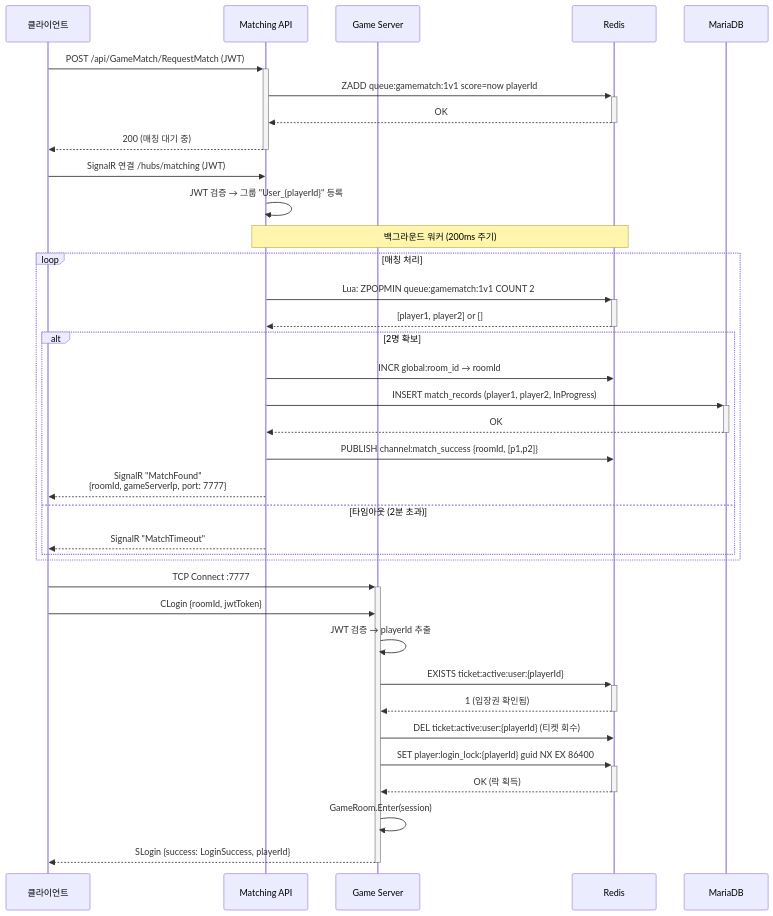
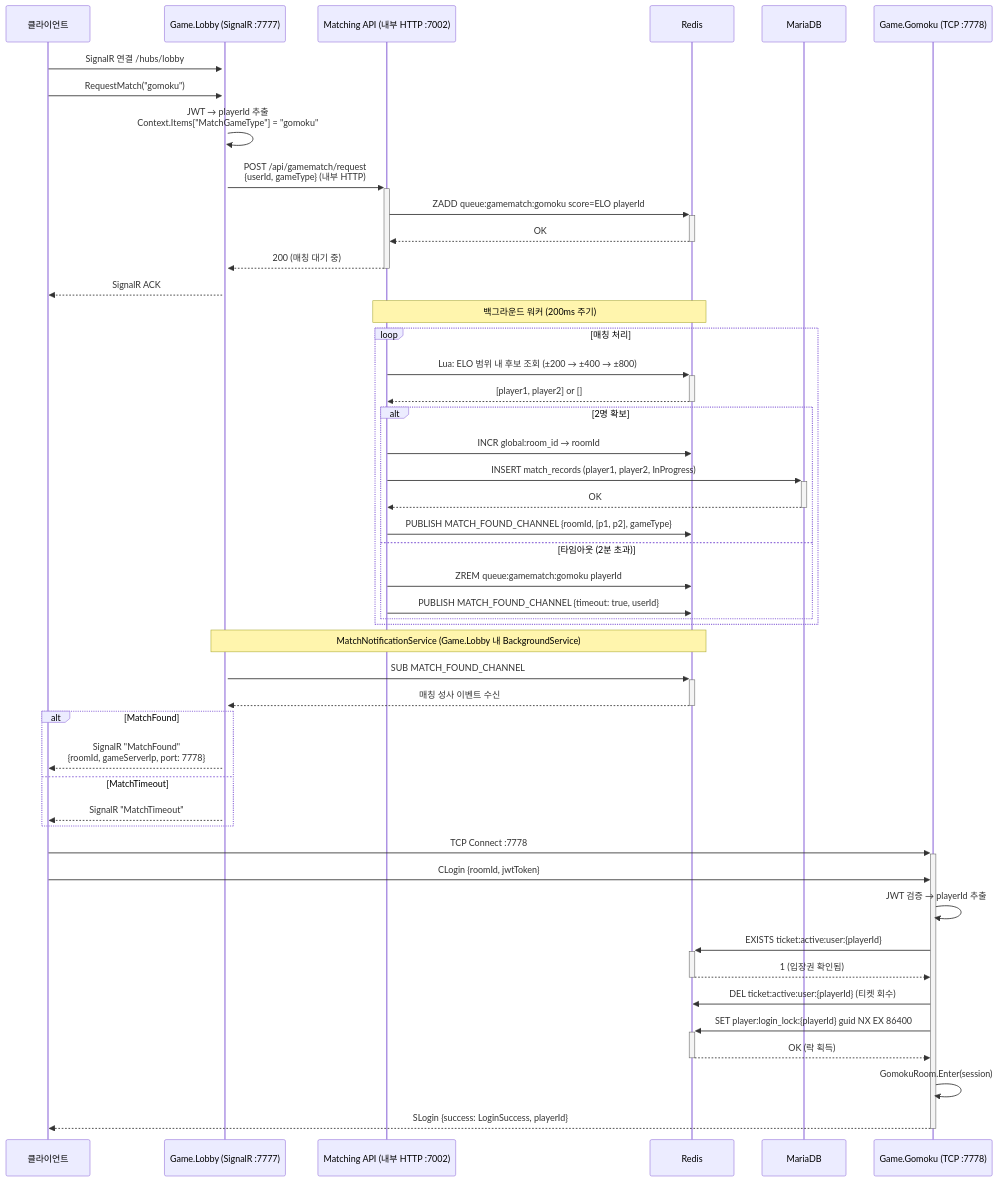
Before and after one commit to rumdice/platformA: the fourth of 7 diagrams in Docs/architecture/sequences.md, drawn with Mermaid. The commit also changed other lines of this file and 3 other files, not shown here.

Commit message:
feat: 아키텍처 문서 자동화 (generate_architecture_docs.py + docs.yml + overview.md + sequences.md)

````diff
--- a/Docs/architecture/sequences.md
+++ b/Docs/architecture/sequences.md
@@ -90,43 +93,56 @@
 ```mermaid
 sequenceDiagram
   participant C as 클라이언트
-  participant M as Matching API
-  participant G as Game Server
+  participant L as Game.Lobby (SignalR :7777)
+  participant M as Matching API (내부 HTTP :7002)
   participant R as Redis
   participant DB as MariaDB
+  participant G as Game.Gomoku (TCP :7778)
 
-  C->>+M: POST /api/GameMatch/RequestMatch (JWT)
-  M->>+R: ZADD queue:gamematch:1v1 score=now playerId
+  C->>+L: SignalR 연결 /hubs/lobby
+  C->>L: RequestMatch("gomoku")
+  L->>L: JWT → playerId 추출<br/>Context.Items["MatchGameType"] = "gomoku"
+
+  L->>+M: POST /api/gamematch/request<br/>{userId, gameType} (내부 HTTP)
+  M->>+R: ZADD queue:gamematch:gomoku score=ELO playerId
   R-->>-M: OK
-  M-->>-C: 200 (매칭 대기 중)
-
-  C->>M: SignalR 연결 /hubs/matching (JWT)
-  M->>M: JWT 검증 → 그룹 "User_{playerId}" 등록
+  M-->>-L: 200 (매칭 대기 중)
+  L-->>C: SignalR ACK
 
   Note over M,R: 백그라운드 워커 (200ms 주기)
   loop 매칭 처리
-    M->>+R: Lua: ZPOPMIN queue:gamematch:1v1 COUNT 2
+    M->>+R: Lua: ELO 범위 내 후보 조회 (±200 → ±400 → ±800)
     R-->>-M: [player1, player2] or []
 
     alt 2명 확보
       M->>R: INCR global:room_id → roomId
       M->>+DB: INSERT match_records (player1, player2, InProgress)
       DB-->>-M: OK
-      M->>R: PUBLISH channel:match_success {roomId, [p1,p2]}
-      M-->>C: SignalR "MatchFound"<br/>{roomId, gameServerIp, port: 7777}
+      M->>R: PUBLISH MATCH_FOUND_CHANNEL {roomId, [p1, p2], gameType}
     else 타임아웃 (2분 초과)
-      M-->>C: SignalR "MatchTimeout"
+      M->>R: ZREM queue:gamematch:gomoku playerId
+      M->>R: PUBLISH MATCH_FOUND_CHANNEL {timeout: true, userId}
     end
   end
 
-  C->>+G: TCP Connect :7777
+  Note over L,R: MatchNotificationService (Game.Lobby 내 BackgroundService)
+  L->>+R: SUB MATCH_FOUND_CHANNEL
+  R-->>-L: 매칭 성사 이벤트 수신
+
+  alt MatchFound
+    L-->>C: SignalR "MatchFound"<br/>{roomId, gameServerIp, port: 7778}
+  else MatchTimeout
+    L-->>C: SignalR "MatchTimeout"
+  end
+
+  C->>+G: TCP Connect :7778
   C->>G: CLogin {roomId, jwtToken}
   G->>G: JWT 검증 → playerId 추출
   G->>+R: EXISTS ticket:active:user:{playerId}
   R-->>-G: 1 (입장권 확인됨)
   G->>R: DEL ticket:active:user:{playerId} (티켓 회수)
   G->>+R: SET player:login_lock:{playerId} guid NX EX 86400
   R-->>-G: OK (락 획득)
-  G->>G: GameRoom.Enter(session)
+  G->>G: GomokuRoom.Enter(session)
   G-->>-C: SLogin {success: LoginSuccess, playerId}
 ```
````
